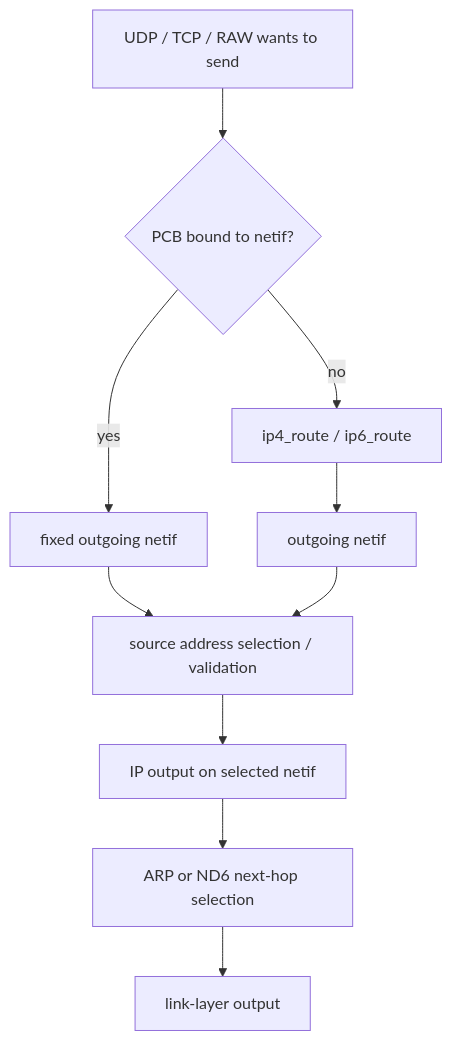
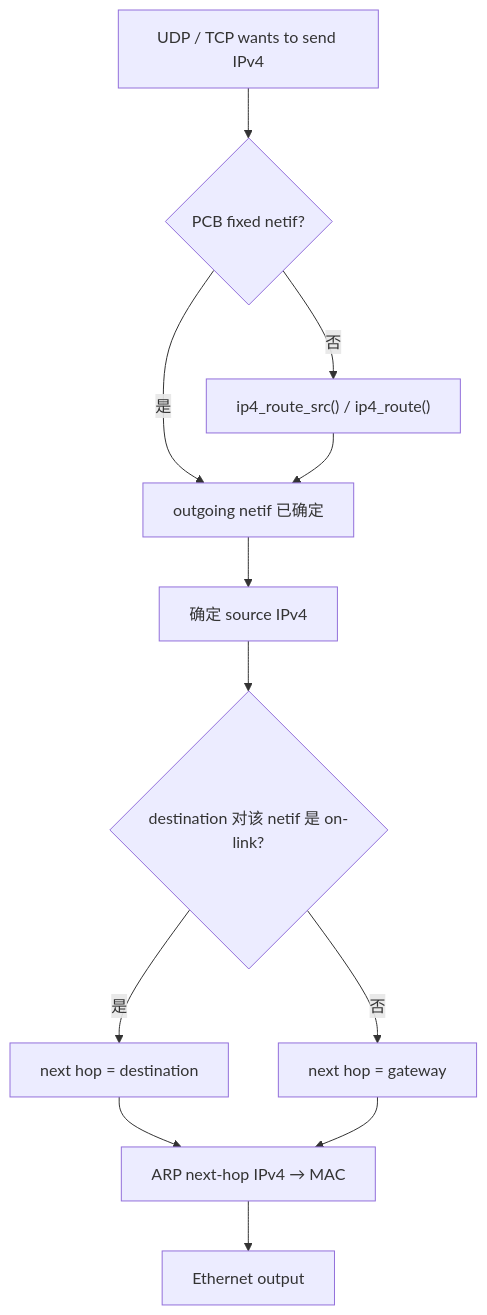
One commit to wdfk-prog/lwIP-Source-Lab changed the third of 3 diagrams in docs/18-multi-netif-routing.md. Above: the diagram before and after it, drawn with Mermaid. The commit also changed other lines of this file and 2 other files, not shown here.

````diff
--- a/docs/18-multi-netif-routing.md
+++ b/docs/18-multi-netif-routing.md
@@ -1097,12 +824,14 @@
 ```mermaid
 flowchart TD
-    A["UDP / TCP / RAW wants to send"] --> B{"PCB bound to netif?"}
-    B -->|yes| C["fixed outgoing netif"]
-    B -->|no| D["ip4_route / ip6_route"]
-    D --> E["outgoing netif"]
-    C --> F["source address selection / validation"]
-    E --> F
-    F --> G["IP output on selected netif"]
-    G --> H["ARP or ND6 next-hop selection"]
-    H --> I["link-layer output"]
+    A["UDP / TCP wants to send IPv4"] --> B{"PCB fixed netif?"}
+    B -->|是| C["outgoing netif 已确定"]
+    B -->|否| D["ip4_route_src() / ip4_route()"]
+    D --> C
+    C --> E["确定 source IPv4"]
+    E --> F{"destination 对该 netif 是 on-link?"}
+    F -->|是| G["next hop = destination"]
+    F -->|否| H["next hop = gateway"]
+    G --> I["ARP next-hop IPv4 → MAC"]
+    H --> I
+    I --> J["Ethernet output"]
 ```
````
